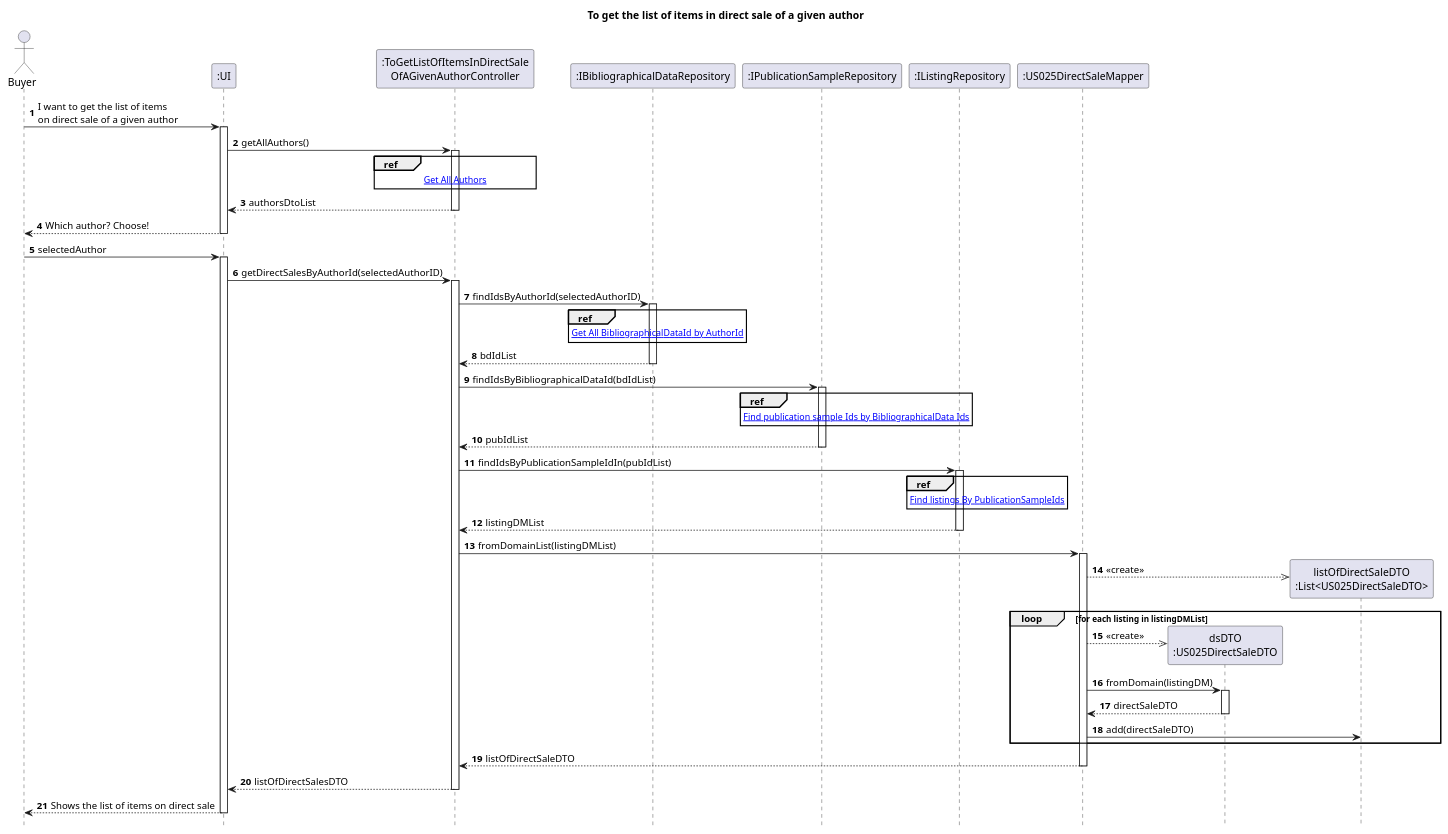
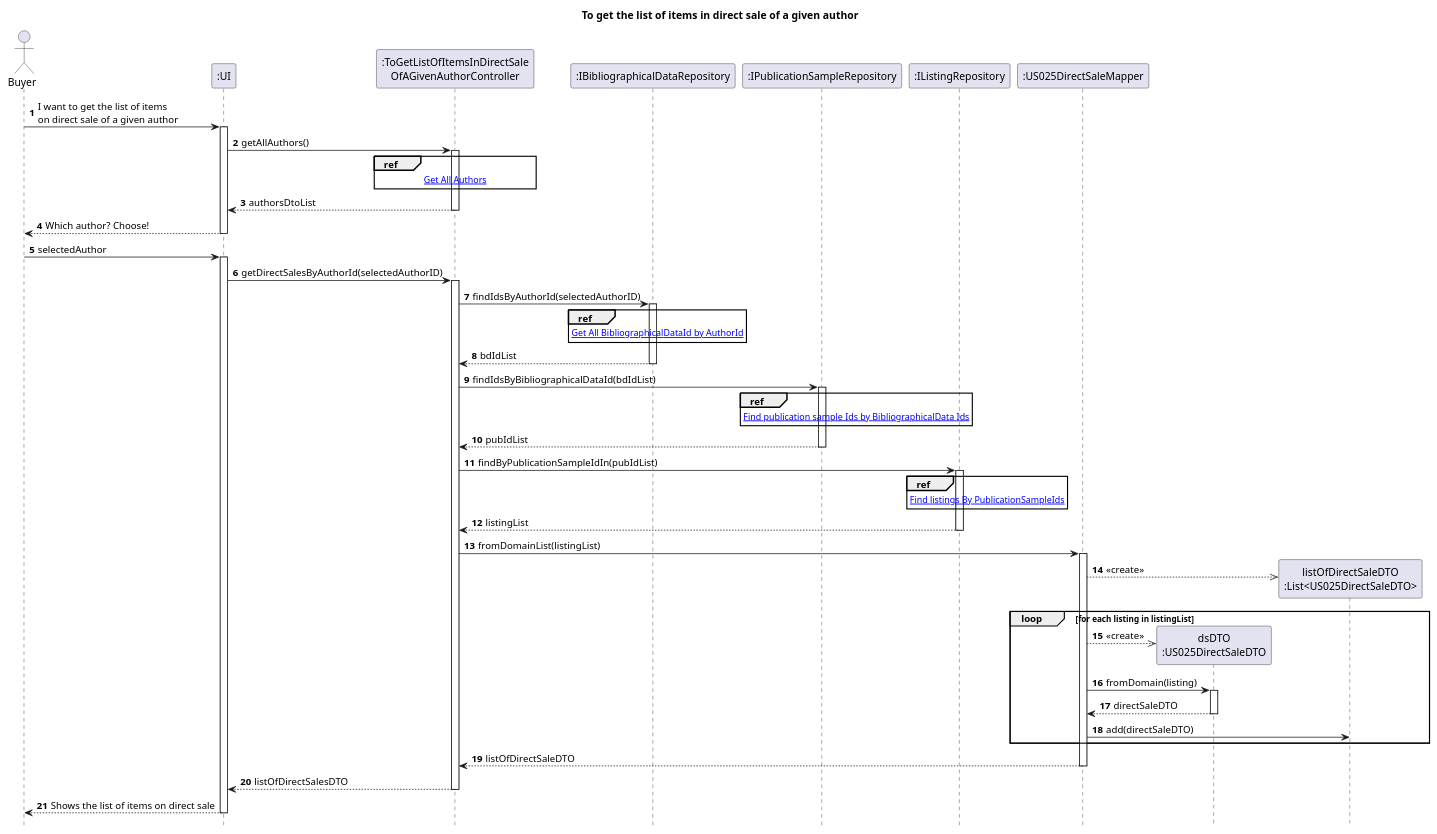
Before and after one commit to AndrePereiraGitH/SWitCH-Project-Team_A: the diagram in Diagrams/SequenceDiagrams/N2/To-get-the-list-of-items-on-direct-sale-of-a-given-author/1.MainDiagram.puml, drawn with PlantUML. The commit also changed 4 other files, not shown here.

```diff
--- a/Diagrams/SequenceDiagrams/N2/To-get-the-list-of-items-on-direct-sale-of-a-given-author/1.MainDiagram.puml
+++ b/Diagrams/SequenceDiagrams/N2/To-get-the-list-of-items-on-direct-sale-of-a-given-author/1.MainDiagram.puml
@@ -1,95 +1,95 @@
 @startuml
 hide footbox
 autonumber
 title To get the list of items in direct sale of a given author
 
 actor Buyer
 
 participant ":UI" as UI
 participant ":ToGetListOfItemsInDirectSale\nOfAGivenAuthorController" as Ctrl
 
 participant ":IBibliographicalDataRepository" as bdRepo
 participant ":IPublicationSampleRepository" as pubRepo
 participant ":IListingRepository" as listingRepo
 
 participant ":US025DirectSaleMapper" as directSaleMapper
 participant "dsDTO\n:US025DirectSaleDTO" as dsDTO
 participant "listOfDirectSaleDTO\n:List<US025DirectSaleDTO>" as ListDTO
 
 Buyer -> UI : I want to get the list of items\non direct sale of a given author
 activate UI
 
 UI -> Ctrl : getAllAuthors()
 activate Ctrl
 
     ref over Ctrl
     [[2.GetAllAuthors.puml Get All Authors]]
     end ref
 
 Ctrl --> UI : authorsDtoList
 deactivate Ctrl
 
 Buyer <-- UI : Which author? Choose!
 deactivate UI
 
 Buyer -> UI : selectedAuthor
 activate UI
 
 UI -> Ctrl : getDirectSalesByAuthorId(selectedAuthorID)
 activate Ctrl
 
 Ctrl -> bdRepo : findIdsByAuthorId(selectedAuthorID)
 activate bdRepo
 
     ref over bdRepo
     [[3.FindBiblioDataIdsByAuthorId.puml Get All BibliographicalDataId by AuthorId]]
     end ref
 
 bdRepo --> Ctrl : bdIdList
 deactivate bdRepo
 
 Ctrl -> pubRepo : findIdsByBibliographicalDataId(bdIdList)
 activate pubRepo
 
     ref over pubRepo
     [[4.FindPublicationSampleIdsByBiblioDataIds.puml Find publication sample Ids by BibliographicalData Ids]]
     end ref
 
 pubRepo --> Ctrl : pubIdList
 deactivate pubRepo
 
-Ctrl -> listingRepo : findIdsByPublicationSampleIdIn(pubIdList)
+Ctrl -> listingRepo : findByPublicationSampleIdIn(pubIdList)
 activate listingRepo
 
 ref over listingRepo
 [[5.FindListingsByPublicationSampleIds.puml Find listings By PublicationSampleIds]]
 end ref
 
-listingRepo --> Ctrl : listingDMList
+listingRepo --> Ctrl : listingList
 deactivate listingRepo
 
-Ctrl -> directSaleMapper : fromDomainList(listingDMList)
+Ctrl -> directSaleMapper : fromDomainList(listingList)
 activate directSaleMapper
 
 directSaleMapper -->> ListDTO ** : <<create>>
 
-loop for each listing in listingDMList
+loop for each listing in listingList
     directSaleMapper -->> dsDTO ** : <<create>>
-    directSaleMapper -> dsDTO : fromDomain(listingDM)
+    directSaleMapper -> dsDTO : fromDomain(listing)
     activate dsDTO
     dsDTO --> directSaleMapper : directSaleDTO
     deactivate dsDTO
     directSaleMapper -> ListDTO : add(directSaleDTO)
 end
 
 deactivate ListDTO
 
 directSaleMapper --> Ctrl : listOfDirectSaleDTO
 deactivate directSaleMapper
 
 Ctrl --> UI : listOfDirectSalesDTO
 deactivate Ctrl
 
 UI --> Buyer : Shows the list of items on direct sale
 deactivate UI
 @enduml
```
